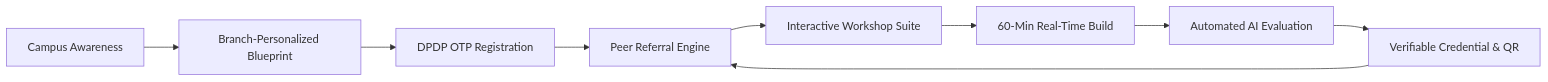
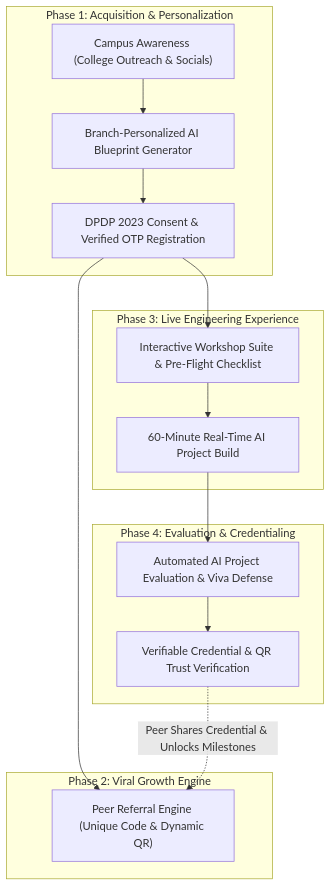
Before and after one commit to AyushDeshmukh18/WorkshopX: the first of 4 diagrams in README.md, drawn with Mermaid. The commit also changed other lines of this file and 13 other files, not shown here.

````diff
--- a/README.md
+++ b/README.md
@@ -31,11 +31,22 @@
 ```mermaid
-flowchart LR
-    A[Campus Awareness] --> B[Branch-Personalized Blueprint]
-    B --> C[DPDP OTP Registration]
-    C --> D[Peer Referral Engine]
-    D --> E[Interactive Workshop Suite]
-    E --> F[60-Min Real-Time Build]
-    F --> G[Automated AI Evaluation]
-    G --> H[Verifiable Credential & QR]
-    H --> D
+flowchart TD
+    subgraph FunnelAcquisition["Phase 1: Acquisition & Personalization"]
+        A["Campus Awareness (College Outreach & Socials)"] --> B["Branch-Personalized AI Blueprint Generator"]
+        B --> C["DPDP 2023 Consent & Verified OTP Registration"]
+    end
+
+    subgraph ViralAdvocacy["Phase 2: Viral Growth Engine"]
+        C --> D["Peer Referral Engine (Unique Code & Dynamic QR)"]
+    end
+
+    subgraph WorkshopSuite["Phase 3: Live Engineering Experience"]
+        C --> E["Interactive Workshop Suite & Pre-Flight Checklist"]
+        E --> F["60-Minute Real-Time AI Project Build"]
+    end
+
+    subgraph VerificationEngine["Phase 4: Evaluation & Credentialing"]
+        F --> G["Automated AI Project Evaluation & Viva Defense"]
+        G --> H["Verifiable Credential & QR Trust Verification"]
+        H -.->|"Peer Shares Credential & Unlocks Milestones"| D
+    end
 ```
````
